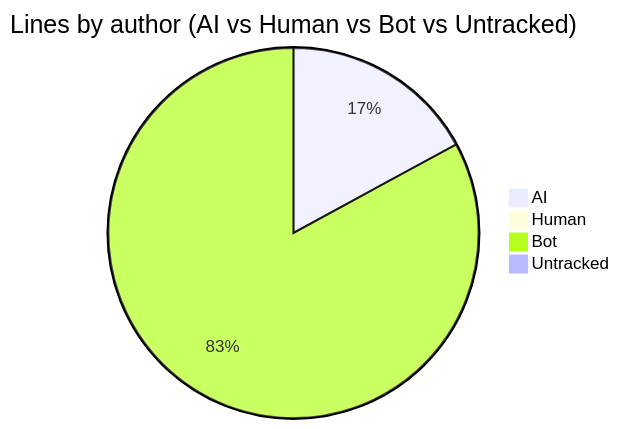
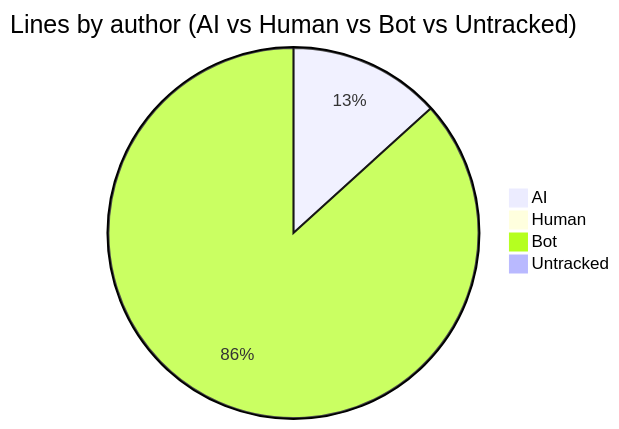
Before and after one commit to CaliMark/ai-authorship: the fourth of 7 diagrams in AI-AUTHORSHIP.md, drawn with Mermaid. The commit also changed other lines of this file and 1 other file, not shown here.

````diff
--- a/AI-AUTHORSHIP.md
+++ b/AI-AUTHORSHIP.md
@@ -60,7 +60,7 @@
 ```mermaid
 pie title Lines by author (AI vs Human vs Bot vs Untracked)
-    "AI" : 636
+    "AI" : 481
     "Human" : 0
-    "Bot" : 3091
-    "Untracked" : 0
+    "Bot" : 3144
+    "Untracked" : 18
 ```
````
